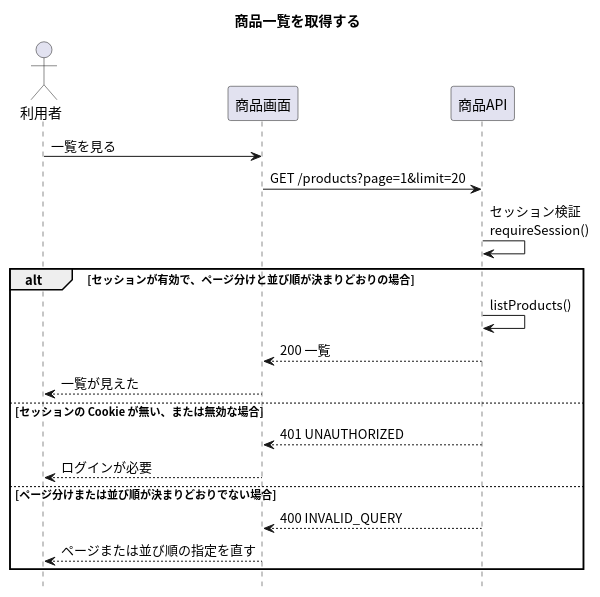
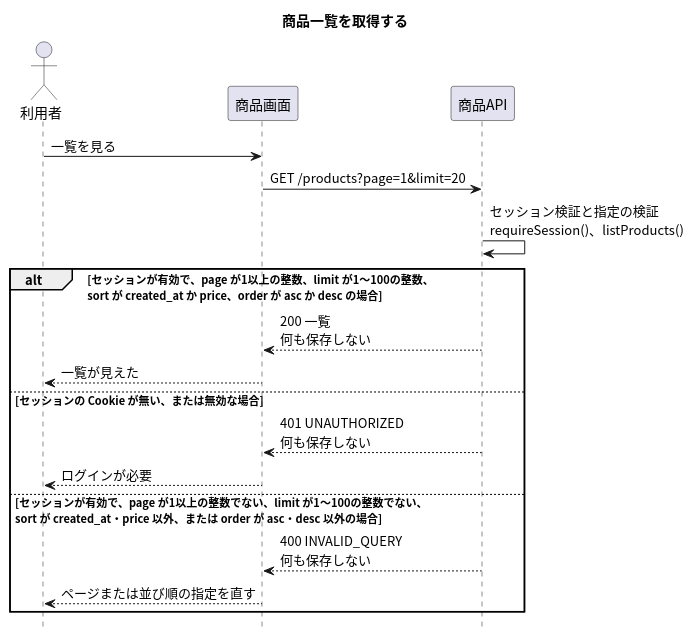
The diagram in apis/list-products/入口.puml (masamasamasato/design-doc-template), drawn with PlantUML before and after one commit. The commit also changed 101 other files, not shown here.

```diff
--- a/apis/list-products/入口.puml
+++ b/apis/list-products/入口.puml
@@ -1,27 +1,27 @@
 @startuml
 skinparam shadowing false
 skinparam defaultFontName "Noto Sans CJK JP"
 skinparam SequenceFontName "Noto Sans CJK JP"
+skinparam NoteBackgroundColor #FFFFCC
 hide footbox
 
 title 商品一覧を取得する
 
 actor "利用者" as User
 participant "商品画面" as Screen
 participant "商品API" as API
 
 User -> Screen : 一覧を見る
 Screen -> API : GET /products?page=1&limit=20
-API -> API : セッション検証\nrequireSession()
-alt セッションが有効で、ページ分けと並び順が決まりどおりの場合
-  API -> API : listProducts()
-  API --> Screen : 200 一覧
+API -> API : セッション検証と指定の検証\nrequireSession()、listProducts()
+alt セッションが有効で、page が1以上の整数、limit が1〜100の整数、\nsort が created_at か price、order が asc か desc の場合
+  API --> Screen : 200 一覧\n何も保存しない
   Screen --> User : 一覧が見えた
 else セッションの Cookie が無い、または無効な場合
-  API --> Screen : 401 UNAUTHORIZED
+  API --> Screen : 401 UNAUTHORIZED\n何も保存しない
   Screen --> User : ログインが必要
-else ページ分けまたは並び順が決まりどおりでない場合
-  API --> Screen : 400 INVALID_QUERY
+else セッションが有効で、page が1以上の整数でない、limit が1〜100の整数でない、\nsort が created_at・price 以外、または order が asc・desc 以外の場合
+  API --> Screen : 400 INVALID_QUERY\n何も保存しない
   Screen --> User : ページまたは並び順の指定を直す
 end
 @enduml
```
